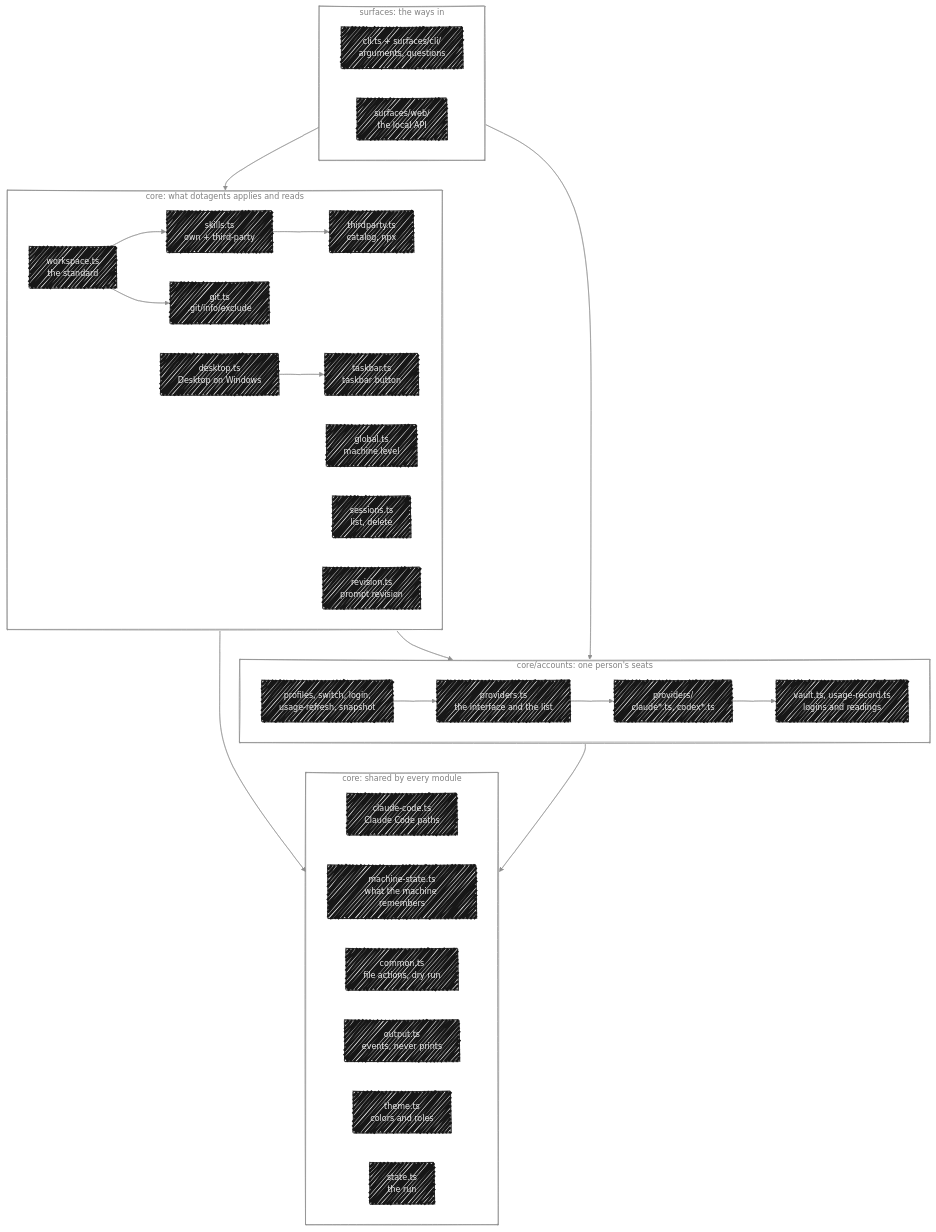
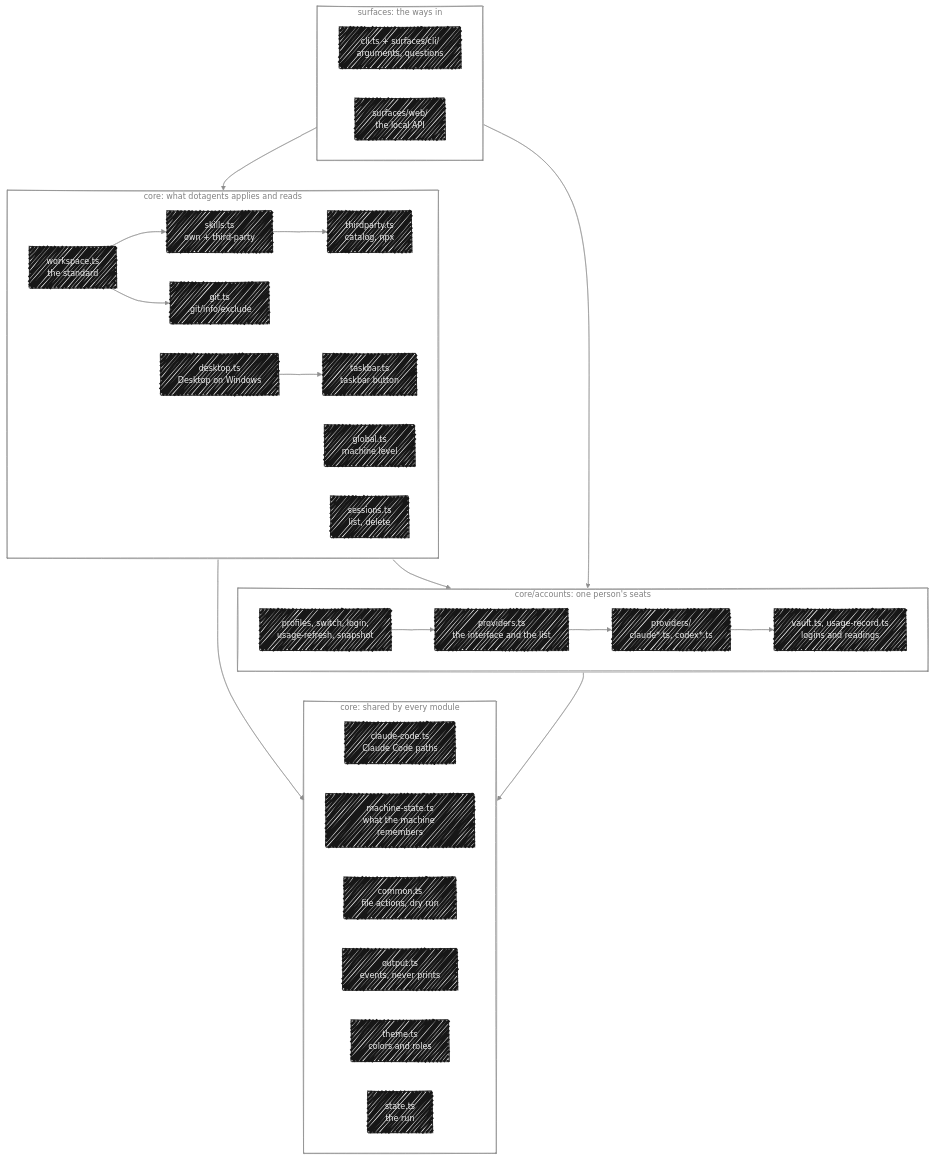
One commit to dotagents-org/dotagents-core changed the diagram in docs/architecture.md. Above: the diagram before and after it, drawn with Mermaid. The commit also changed other lines of this file and 23 other files, not shown here.

Commit message:
🔥 feat!: remove the prompt revision

````diff
--- a/docs/architecture.md
+++ b/docs/architecture.md
@@ -39,38 +39,37 @@
 ```mermaid
 %%{init: {"look": "handDrawn", "handDrawnSeed": 3, "theme": "base", "themeVariables": {"fontFamily": "Geist Mono, ui-monospace, SFMono-Regular, Menlo, Consolas, monospace", "fontSize": "14px", "primaryColor": "#171717", "primaryTextColor": "#ededed", "primaryBorderColor": "#171717", "lineColor": "#8f8f8f", "textColor": "#171717", "edgeLabelBackground": "#ededed", "clusterBkg": "transparent", "clusterBorder": "#8f8f8f", "titleColor": "#808080"}}}%%
 flowchart TB
     subgraph surfaces["surfaces: the ways in"]
         direction LR
         cli["cli.ts + surfaces/cli/<br/>arguments, questions"]
         web["surfaces/web/<br/>the local API"]
     end
 
     subgraph features["core: what dotagents applies and reads"]
         direction LR
         workspace["workspace.ts<br/>the standard"] --> skills["skills.ts<br/>own + third-party"] --> thirdparty["thirdparty.ts<br/>catalog, npx"]
         workspace --> git["git.ts<br/>.git/info/exclude"]
         global["global.ts<br/>machine level"]
         desktop["desktop.ts<br/>Desktop on Windows"] --> taskbar["taskbar.ts<br/>taskbar button"]
         sessions["sessions.ts<br/>list, delete"]
-        revision["revision.ts<br/>prompt revision"]
     end
 
     subgraph accounts["core/accounts: one person's seats"]
         direction LR
         coordination["profiles, switch, login,<br/>usage-refresh, snapshot"] --> providers["providers.ts<br/>the interface and the list"] --> adapters["providers/<br/>claude*.ts, codex*.ts"] --> storage["vault.ts, usage-record.ts<br/>logins and readings"]
     end
 
     subgraph shared["core: shared by every module"]
         direction LR
         paths["claude-code.ts<br/>Claude Code paths"]
         memory["machine-state.ts<br/>what the machine remembers"]
         common["common.ts<br/>file actions, dry run"]
         output["output.ts<br/>events, never prints"]
         theme["theme.ts<br/>colors and roles"]
         run["state.ts<br/>the run"]
     end
 
     surfaces --> features --> shared
     surfaces --> accounts --> shared
     features --> accounts
 ```
````
